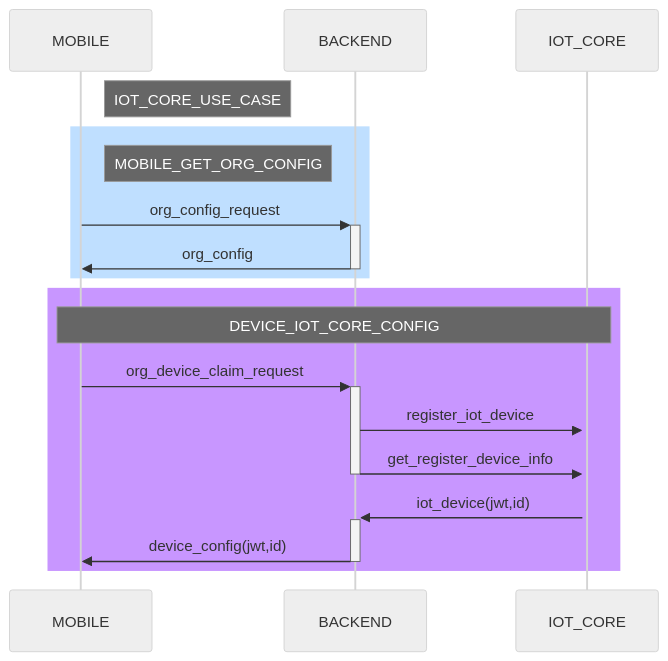
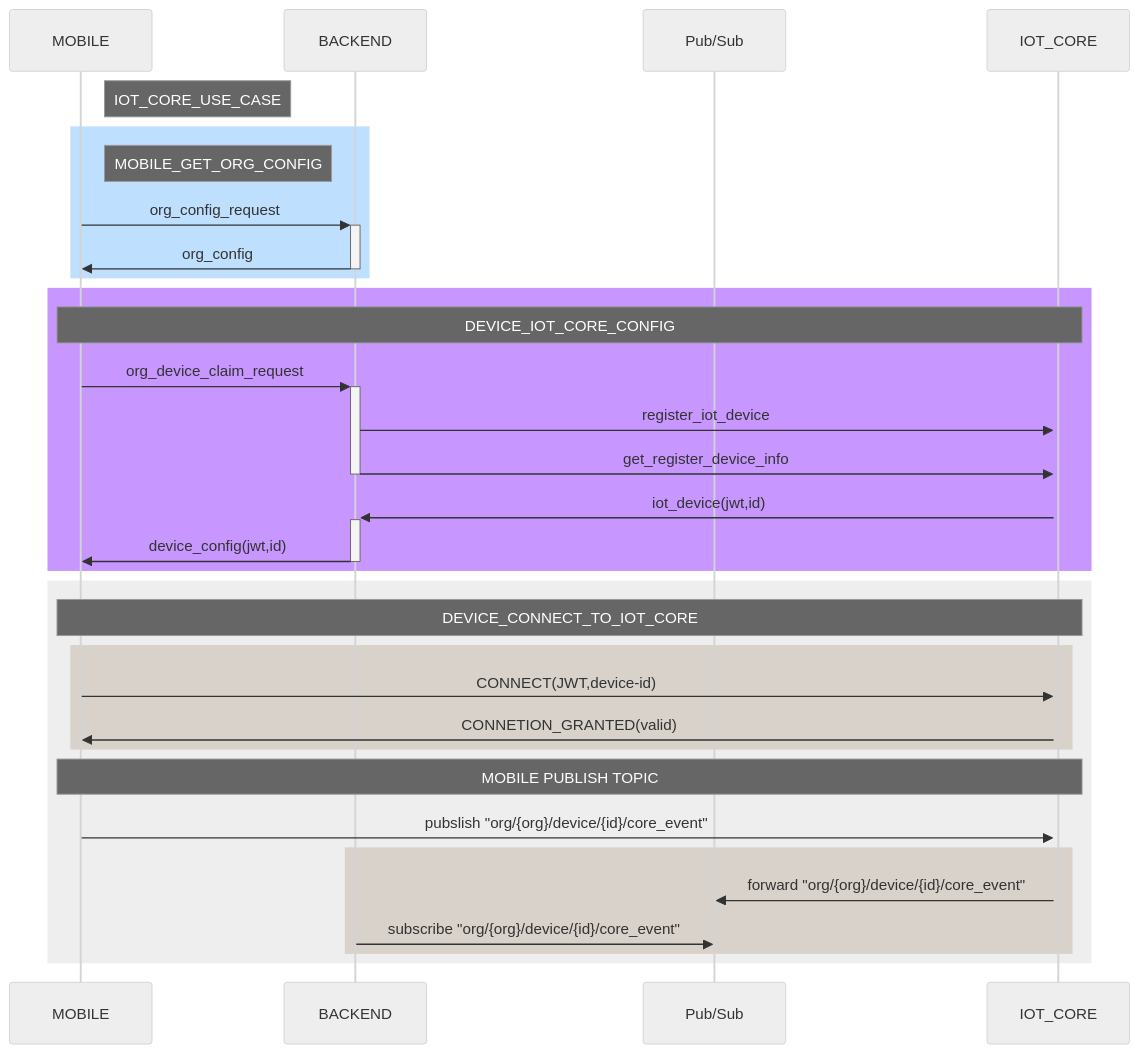
One commit to GDSC-HSU/gateway-proof-of-concept changed the diagram in README.md. Above: the diagram before and after it, drawn with Mermaid (neutral theme).

````diff
--- a/README.md
+++ b/README.md
@@ -17,23 +17,41 @@
 ```mermaid
 sequenceDiagram
     participant MOBILE
     Note right of MOBILE: IOT_CORE_USE_CASE
     participant BACKEND
+    participant Pub/Sub
     participant IOT_CORE
 
     rect rgb(191, 223, 255)
     Note right of MOBILE: MOBILE_GET_ORG_CONFIG
     MOBILE->>+BACKEND:org_config_request
     BACKEND->>-MOBILE:org_config
     end
 
     rect rgb(200, 150, 255)
     Note over MOBILE,IOT_CORE: DEVICE_IOT_CORE_CONFIG
     MOBILE->>+BACKEND:org_device_claim_request
     BACKEND->>+IOT_CORE:register_iot_device
     BACKEND->>-IOT_CORE:get_register_device_info
     
     IOT_CORE->>+BACKEND:iot_device(jwt,id)
     BACKEND->>-MOBILE:device_config(jwt,id)
     end
+
+    rect rgb(238, 238, 238)
+    Note over MOBILE,IOT_CORE: DEVICE_CONNECT_TO_IOT_CORE
+    
+    rect rgb(216, 210, 203)
+    MOBILE->>IOT_CORE:CONNECT(JWT,device-id)
+    IOT_CORE->>MOBILE:CONNETION_GRANTED(valid)
+    end
+    
+    Note over MOBILE,IOT_CORE: MOBILE PUBLISH TOPIC
+    MOBILE->>IOT_CORE: pubslish "org/{org}/device/{id}/core_event"
+
+    rect rgb(216, 210, 203)
+    IOT_CORE->>Pub/Sub: forward "org/{org}/device/{id}/core_event"
+    BACKEND->>Pub/Sub:subscribe  "org/{org}/device/{id}/core_event"
+    end
+    end
 ```
````
